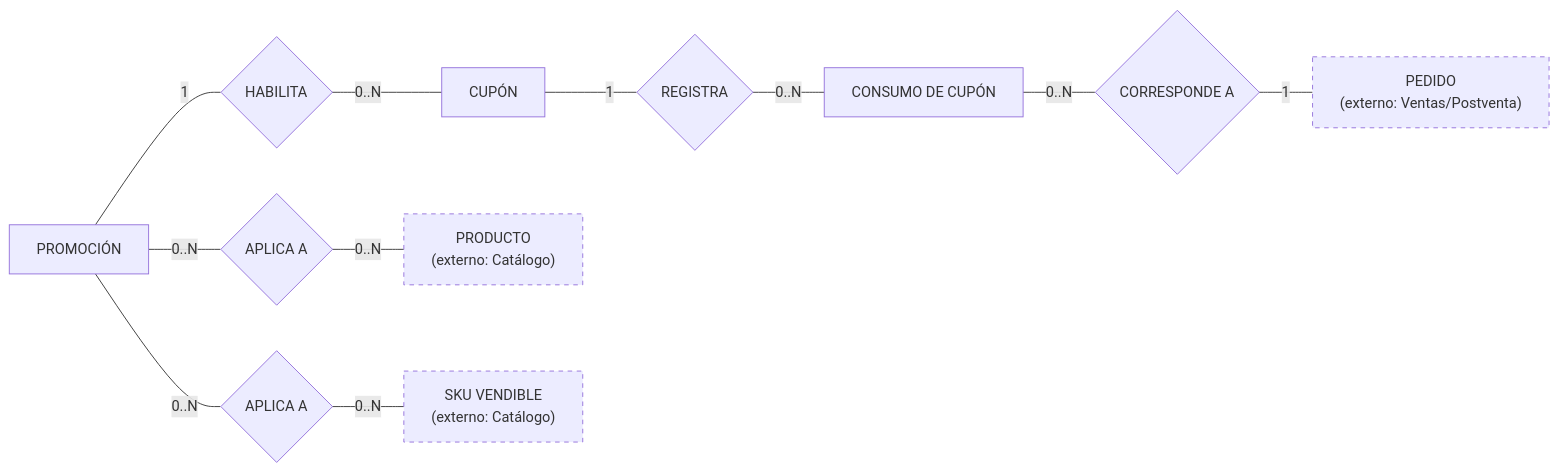
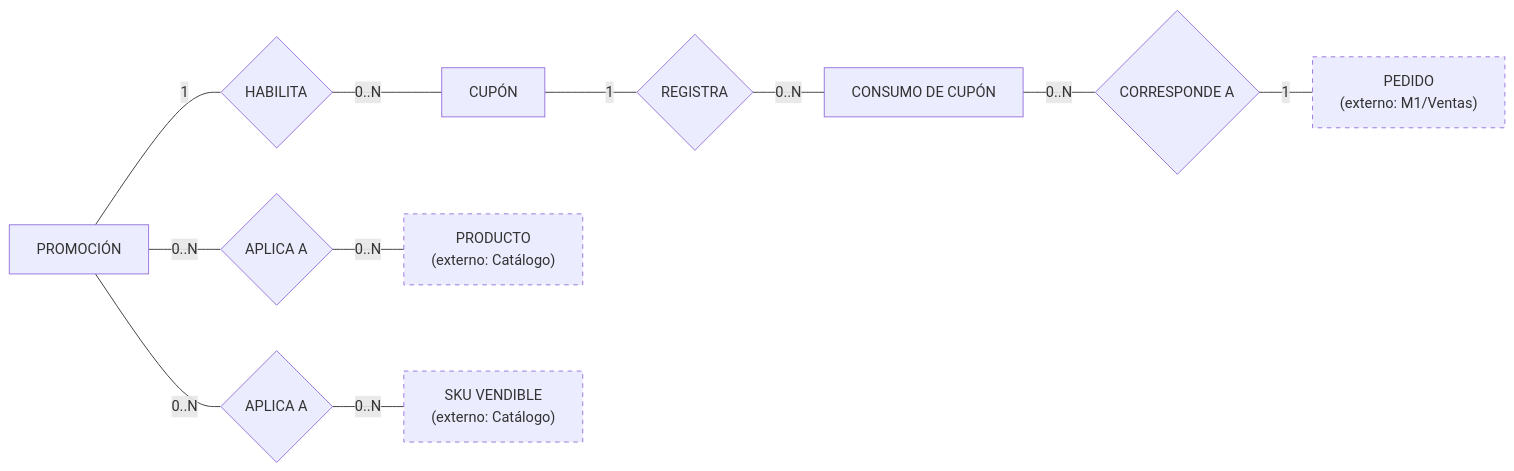
Before and after one commit to Taller-SW-Web/G6-Productos-Ofertas-docs: the sixth of 10 diagrams in arquitectura/Modelo_Conceptual.md, drawn with Mermaid. The commit also changed other lines of this file and 3 other files, not shown here.

````diff
--- a/arquitectura/Modelo_Conceptual.md
+++ b/arquitectura/Modelo_Conceptual.md
@@ -585,34 +585,34 @@
 ```mermaid
 flowchart LR
   PROMO["PROMOCIÓN"]
   COUPON["CUPÓN"]
   USE["CONSUMO DE CUPÓN"]
 
   PRODUCT["PRODUCTO<br/>(externo: Catálogo)"]
   SKU["SKU VENDIBLE<br/>(externo: Catálogo)"]
-  ORDER["PEDIDO<br/>(externo: Ventas/Postventa)"]
+  ORDER["PEDIDO<br/>(externo: M1/Ventas)"]
 
   R_PRODUCT{"APLICA A"}
   R_SKU{"APLICA A"}
   R_COUPON{"HABILITA"}
   R_USE{"REGISTRA"}
   R_ORDER{"CORRESPONDE A"}
 
   PROMO ---|"0..N"| R_PRODUCT
   R_PRODUCT ---|"0..N"| PRODUCT
 
   PROMO ---|"0..N"| R_SKU
   R_SKU ---|"0..N"| SKU
 
   PROMO ---|"1"| R_COUPON
   R_COUPON ---|"0..N"| COUPON
 
   COUPON ---|"1"| R_USE
   R_USE ---|"0..N"| USE
 
   USE ---|"0..N"| R_ORDER
   R_ORDER ---|"1"| ORDER
 
   classDef external stroke-dasharray: 5 5;
   class PRODUCT,SKU,ORDER external;
 ```
````
